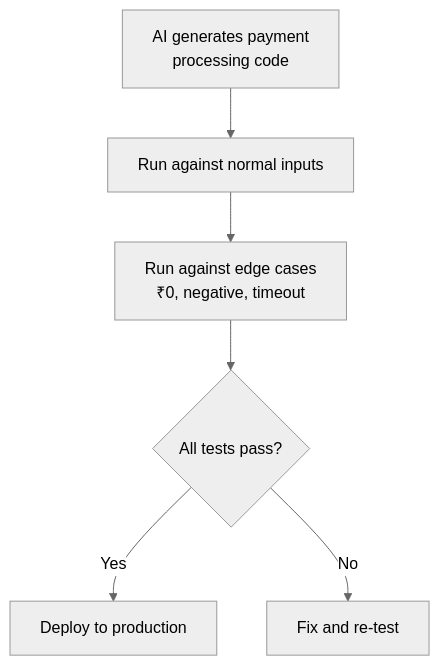
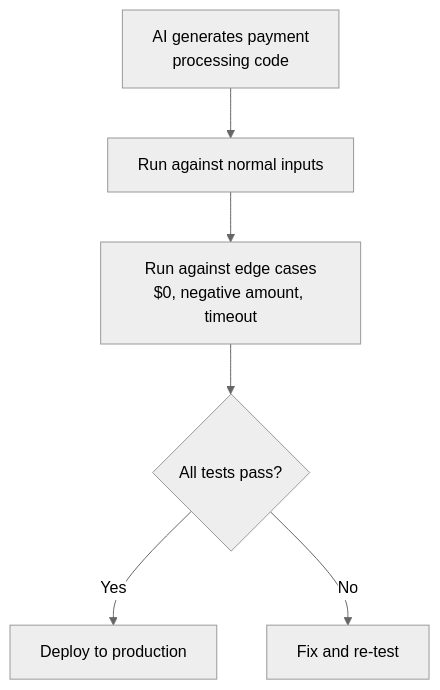
One commit to NamrataRev/AI_academy changed the second of 2 diagrams in Week3/4.Evaluating AI Output.md. Above: the diagram before and after it, drawn with Mermaid (neutral theme). The commit also changed other lines of this file, not shown here.

````diff
--- a/Week3/4.Evaluating AI Output.md
+++ b/Week3/4.Evaluating AI Output.md
@@ -196,8 +176,8 @@
 ```mermaid
 flowchart TD
     A[AI generates payment\nprocessing code] --> B[Run against normal inputs]
-    B --> C[Run against edge cases\n₹0, negative, timeout]
+    B --> C[Run against edge cases\n$0, negative amount, timeout]
     C --> D{All tests pass?}
     D -- Yes --> E[Deploy to production]
     D -- No --> F[Fix and re-test]
 ```
````
